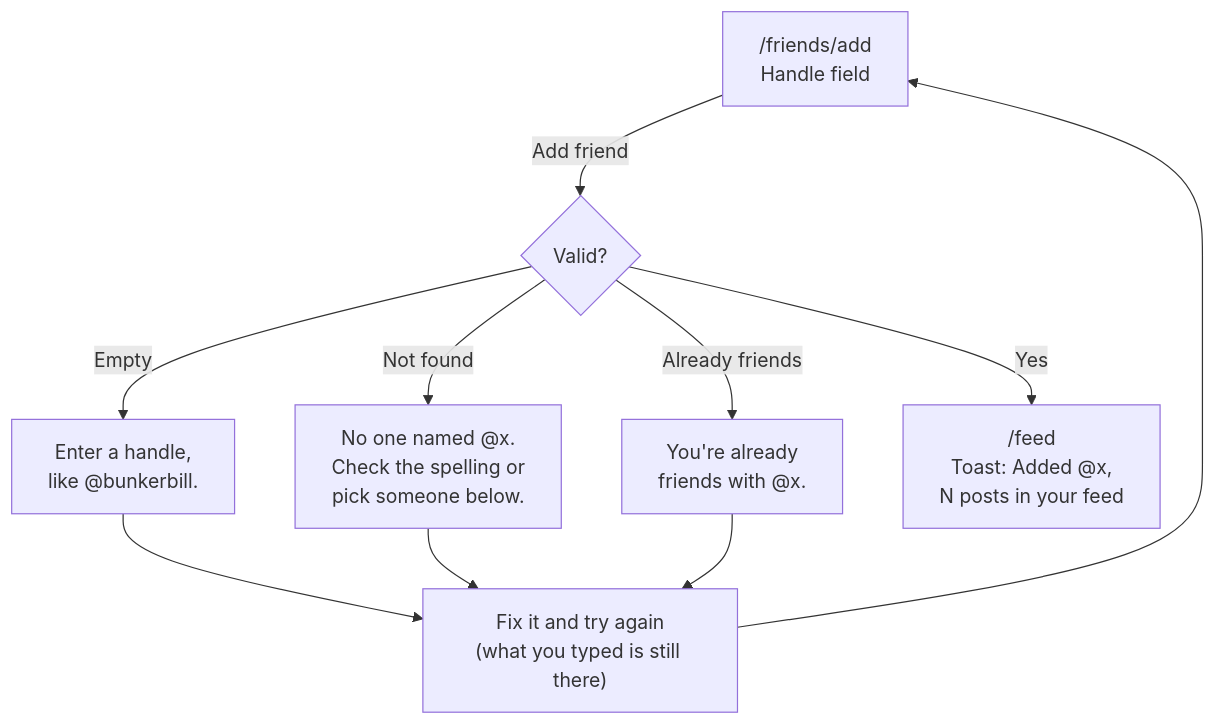
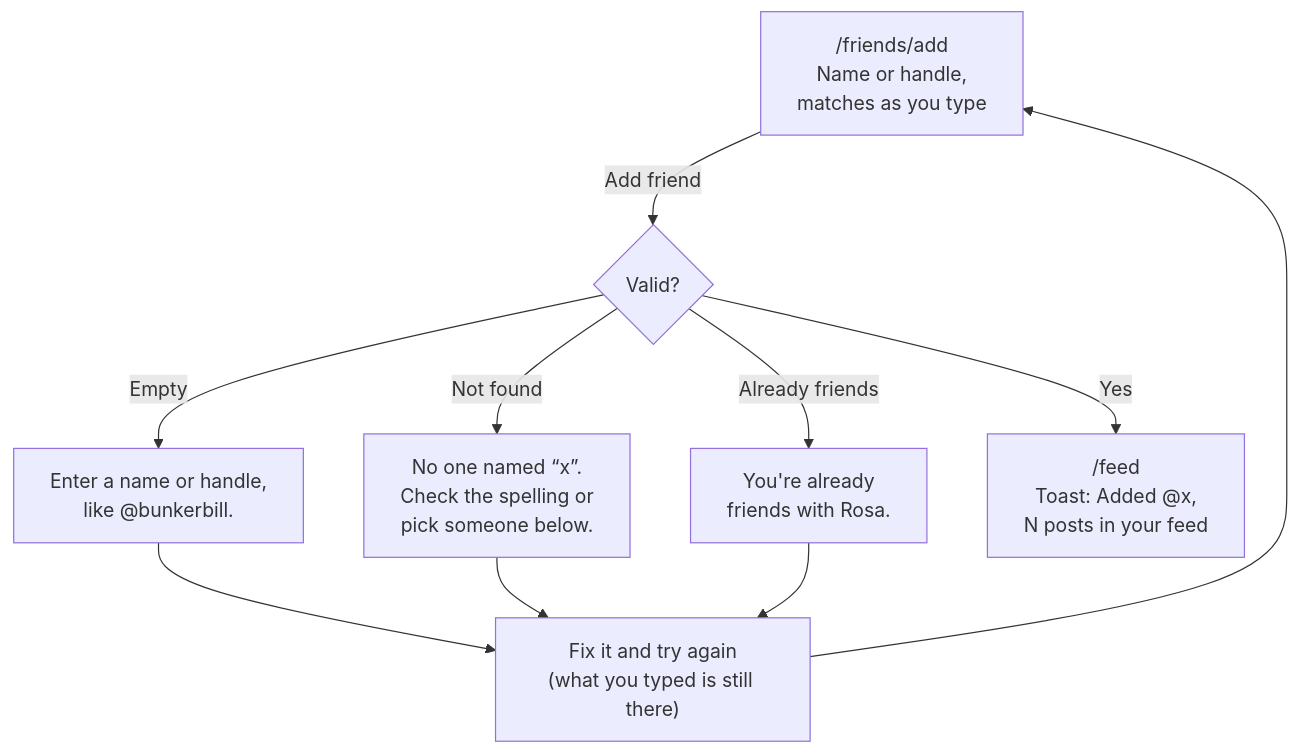
The second of 3 diagrams in README.md (kenpiech/kinnect), drawn with Mermaid before and after one commit. The commit also changed other lines of this file and 5 other files, not shown here.

First line of the commit message:
Add type-ahead to the add-friend field

````diff
--- a/README.md
+++ b/README.md
@@ -42,10 +42,10 @@
 ```mermaid
 flowchart TD
-    A["/friends/add<br/>Handle field"] -->|Add friend| V{Valid?}
-    V -->|Empty| E1["Enter a handle,<br/>like @bunkerbill."]
-    V -->|Not found| E2["No one named @x.<br/>Check the spelling or<br/>pick someone below."]
-    V -->|Already friends| E3["You're already<br/>friends with @x."]
+    A["/friends/add<br/>Name or handle,<br/>matches as you type"] -->|Add friend| V{Valid?}
+    V -->|Empty| E1["Enter a name or handle,<br/>like @bunkerbill."]
+    V -->|Not found| E2["No one named “x”.<br/>Check the spelling or<br/>pick someone below."]
+    V -->|Already friends| E3["You're already<br/>friends with Rosa."]
     E1 & E2 & E3 --> FIX["Fix it and try again<br/>(what you typed is still there)"]
     FIX --> A
     V -->|Yes| OK["/feed<br/>Toast: Added @x,<br/>N posts in your feed"]
 ```
````
